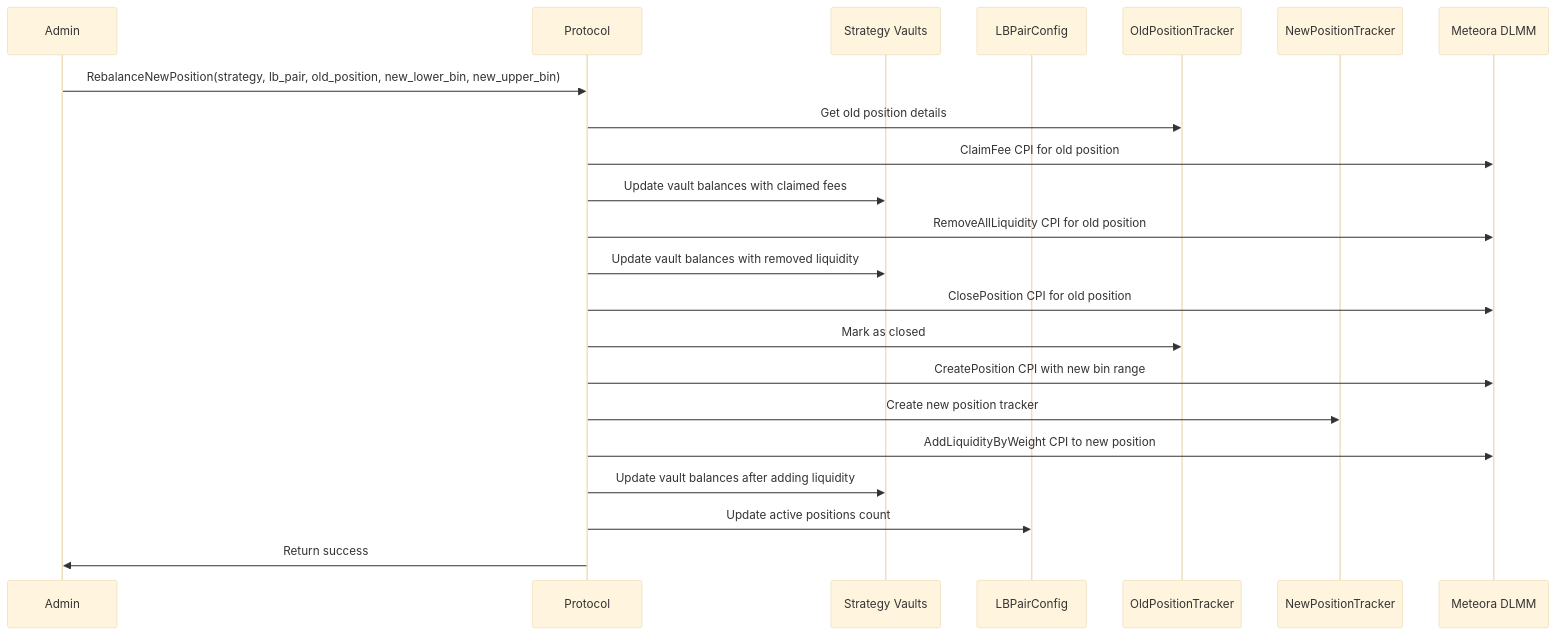
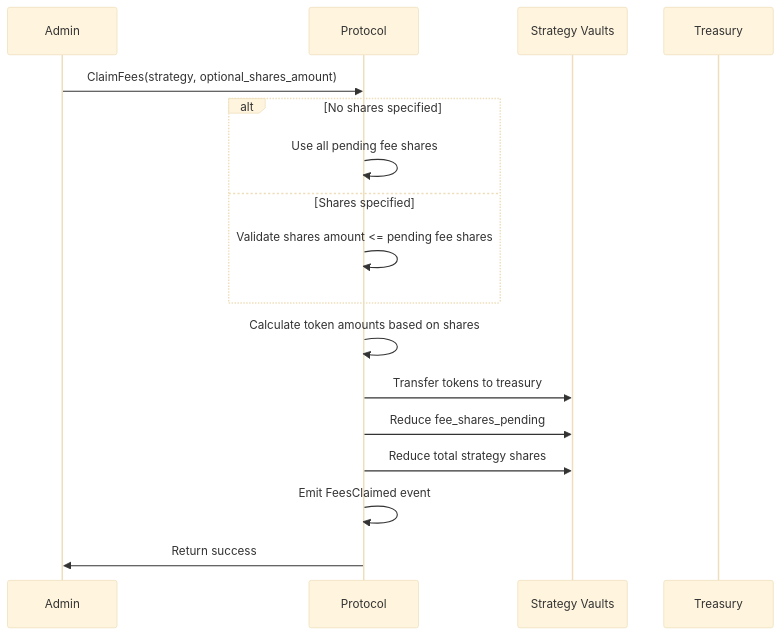
Before and after one commit to zenith-trade/maiker-contracts: the sixth of 8 diagrams in docs/DIAGRAMS.md, drawn with Mermaid (base theme). The commit also changed other lines of this file and 26 other files, not shown here.

````diff
--- a/docs/DIAGRAMS.md
+++ b/docs/DIAGRAMS.md
@@ -132,24 +137,19 @@
 ```mermaid
 sequenceDiagram
 participant Admin
 participant Protocol
 participant Strategy as Strategy Vaults
-participant LBPairConfig
-participant OldPositionTracker
-participant NewPositionTracker
-participant MeteoraDLMM as Meteora DLMM
-Admin->>Protocol: RebalanceNewPosition(strategy, lb_pair, old_position, new_lower_bin, new_upper_bin)
-Protocol->>OldPositionTracker: Get old position details
-Protocol->>MeteoraDLMM: ClaimFee CPI for old position
-Protocol->>Strategy: Update vault balances with claimed fees
-Protocol->>MeteoraDLMM: RemoveAllLiquidity CPI for old position
-Protocol->>Strategy: Update vault balances with removed liquidity
-Protocol->>MeteoraDLMM: ClosePosition CPI for old position
-Protocol->>OldPositionTracker: Mark as closed
-Protocol->>MeteoraDLMM: CreatePosition CPI with new bin range
-Protocol->>NewPositionTracker: Create new position tracker
-Protocol->>MeteoraDLMM: AddLiquidityByWeight CPI to new position
-Protocol->>Strategy: Update vault balances after adding liquidity
-Protocol->>LBPairConfig: Update active positions count
+participant Treasury
+Admin->>Protocol: ClaimFees(strategy, optional_shares_amount)
+alt No shares specified
+Protocol->>Protocol: Use all pending fee shares
+else Shares specified
+Protocol->>Protocol: Validate shares amount <= pending fee shares
+end
+Protocol->>Protocol: Calculate token amounts based on shares
+Protocol->>Strategy: Transfer tokens to treasury
+Protocol->>Strategy: Reduce fee_shares_pending
+Protocol->>Strategy: Reduce total strategy shares
+Protocol->>Protocol: Emit FeesClaimed event
 Protocol->>Admin: Return success
 ```
````
